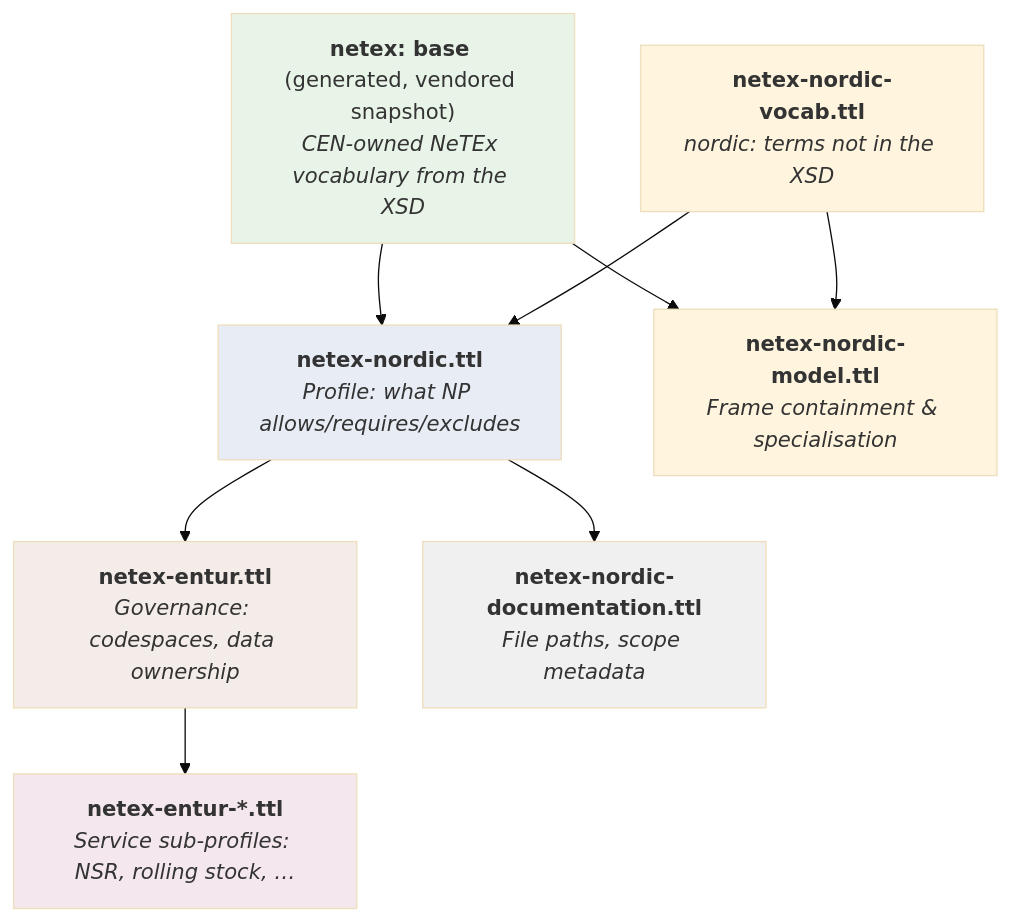
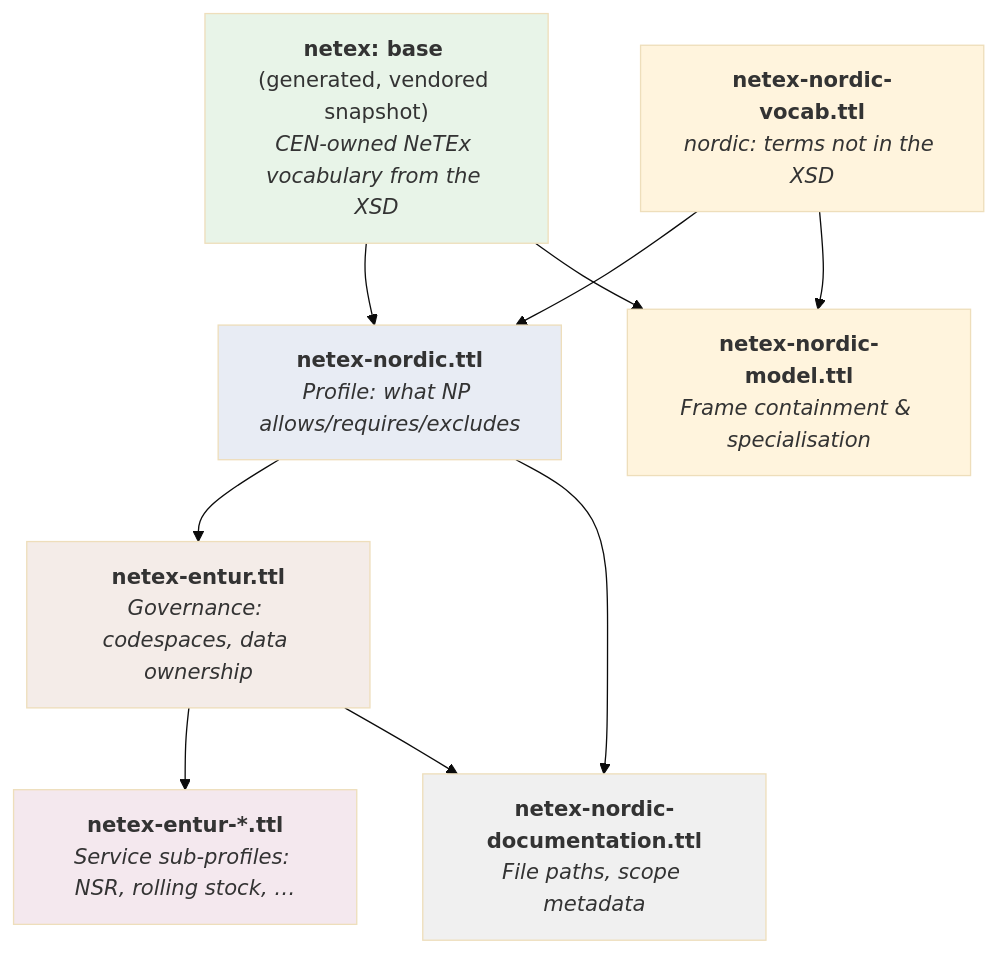
Before and after one commit to entur/nordic-netex-documentation: the diagram in guides/Ontology/Ontology_Guide.md, drawn with Mermaid (base theme). The commit also changed other lines of this file, not shown here.

Commit message:
docs(ontology): update import chain for Entur dependency

````diff
--- a/guides/Ontology/Ontology_Guide.md
+++ b/guides/Ontology/Ontology_Guide.md
@@ -49,24 +49,25 @@
 ```mermaid
 flowchart TD
     BASE["<b>netex: base</b> (generated, vendored snapshot)<br/><i>CEN-owned NeTEx vocabulary from the XSD</i>"]
     VOCAB["<b>netex-nordic-vocab.ttl</b><br/><i>nordic: terms not in the XSD</i>"]
     NP["<b>netex-nordic.ttl</b><br/><i>Profile: what NP allows/requires/excludes</i>"]
     MODEL["<b>netex-nordic-model.ttl</b><br/><i>Frame containment & specialisation</i>"]
     ENTUR["<b>netex-entur.ttl</b><br/><i>Governance: codespaces, data ownership</i>"]
     SUB["<b>netex-entur-*.ttl</b><br/><i>Service sub-profiles: NSR, rolling stock, …</i>"]
     DOC["<b>netex-nordic-documentation.ttl</b><br/><i>File paths, scope metadata</i>"]
 
     BASE --> NP
     VOCAB --> NP
     BASE --> MODEL
     VOCAB --> MODEL
     NP --> ENTUR
     ENTUR --> SUB
     NP --> DOC
+    ENTUR --> DOC
 
     style BASE fill:#e8f4e8
     style NP fill:#e8ecf4
     style ENTUR fill:#f4ece8
     style SUB fill:#f4e8ee
     style DOC fill:#f0f0f0
 ```
````
